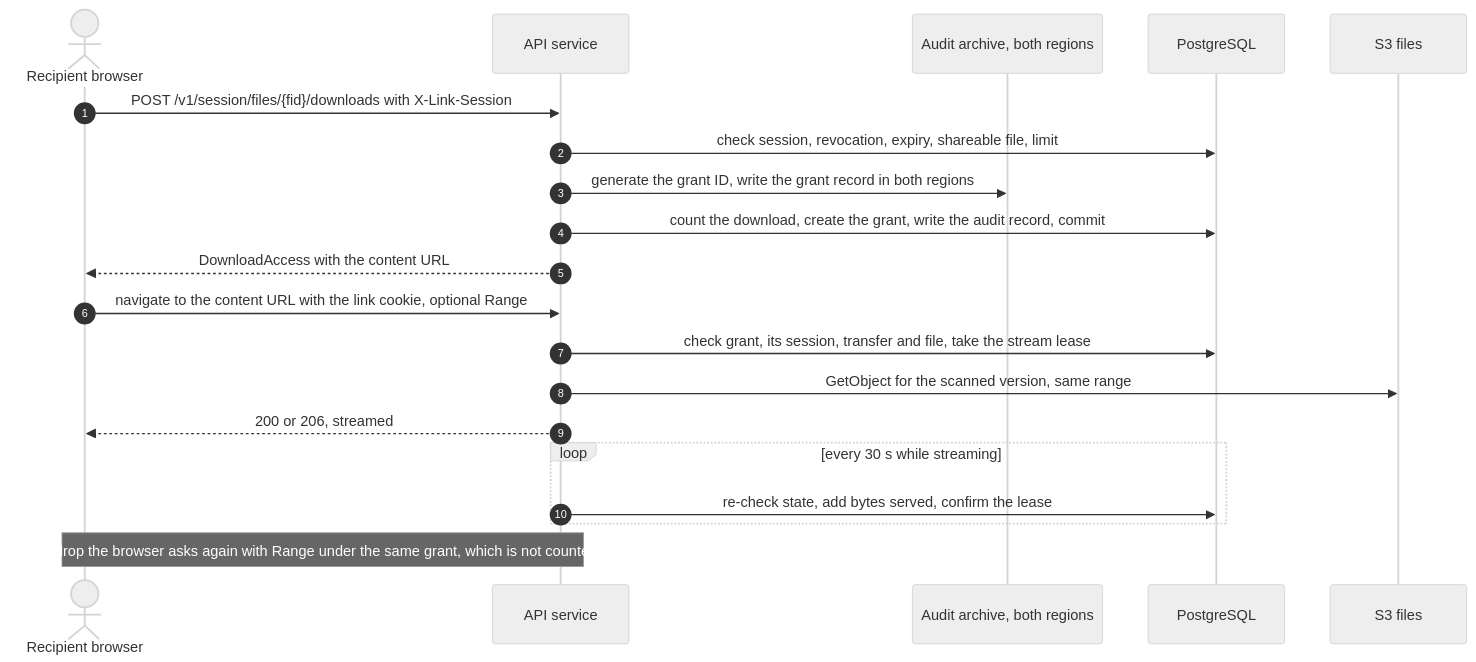
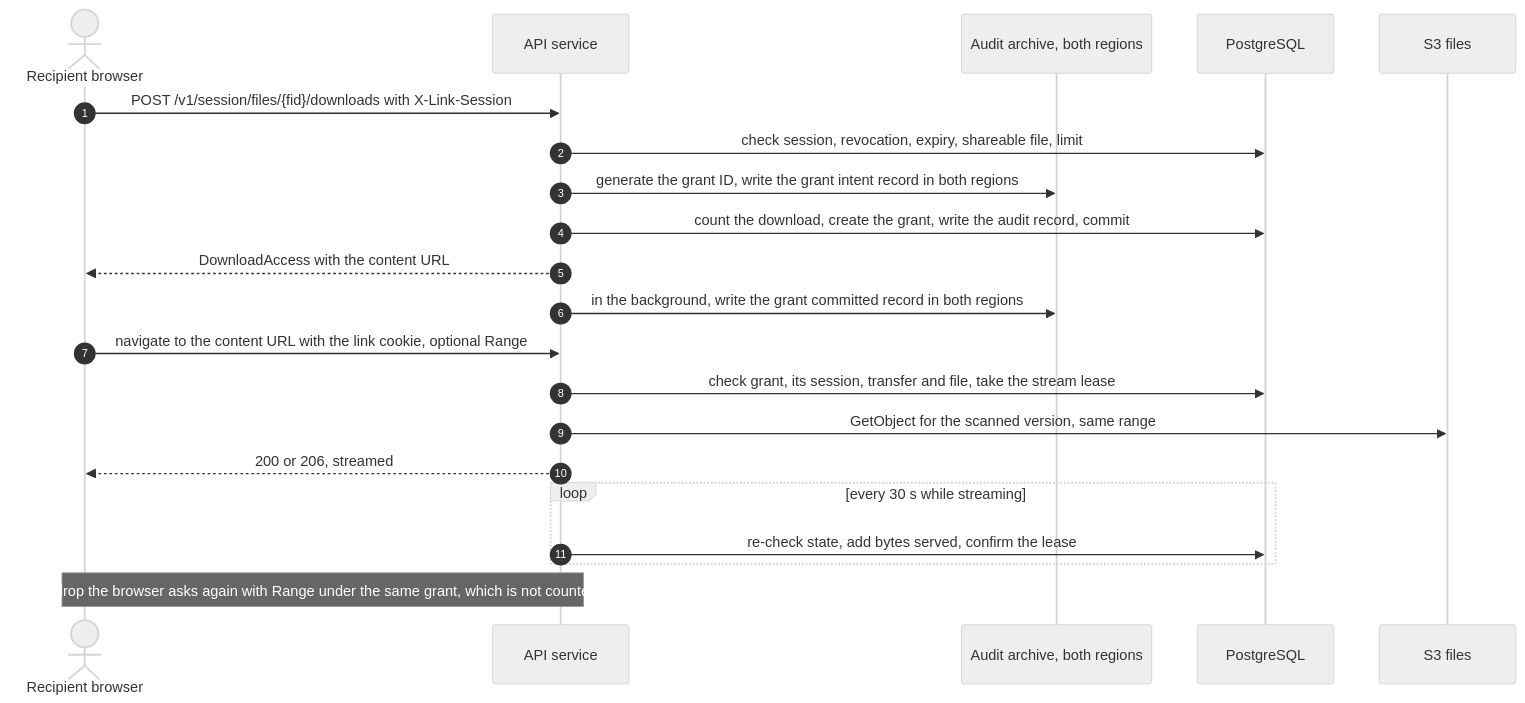
The diagram in docs/security/abuse-and-rate-limits.md (codewithmuh/secure-file-transfer), drawn with Mermaid (neutral theme) before and after one commit. The commit also changed other lines of this file and 28 other files, not shown here.

````diff
--- a/docs/security/abuse-and-rate-limits.md
+++ b/docs/security/abuse-and-rate-limits.md
@@ -531,22 +532,23 @@
 ```mermaid
 sequenceDiagram
     autonumber
     actor R as Recipient browser
     participant API as API service
     participant AR as Audit archive, both regions
     participant DB as PostgreSQL
     participant S3 as S3 files
     R->>API: POST /v1/session/files/{fid}/downloads with X-Link-Session
     API->>DB: check session, revocation, expiry, shareable file, limit
-    API->>AR: generate the grant ID, write the grant record in both regions
+    API->>AR: generate the grant ID, write the grant intent record in both regions
     API->>DB: count the download, create the grant, write the audit record, commit
     API-->>R: DownloadAccess with the content URL
+    API->>AR: in the background, write the grant committed record in both regions
     R->>API: navigate to the content URL with the link cookie, optional Range
     API->>DB: check grant, its session, transfer and file, take the stream lease
     API->>S3: GetObject for the scanned version, same range
     API-->>R: 200 or 206, streamed
     loop every 30 s while streaming
         API->>DB: re-check state, add bytes served, confirm the lease
     end
     Note over R,API: after a drop the browser asks again with Range under the same grant, which is not counted again
 ```
````
